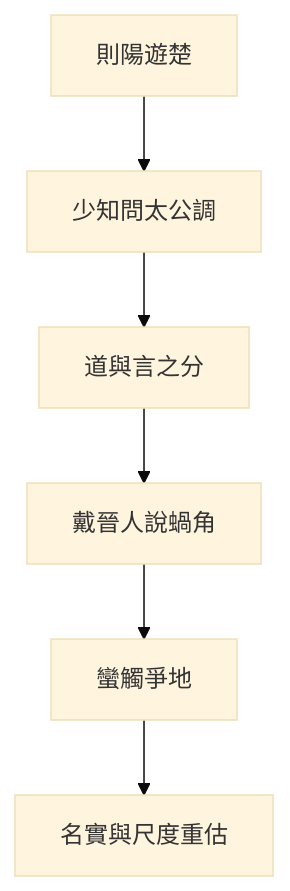
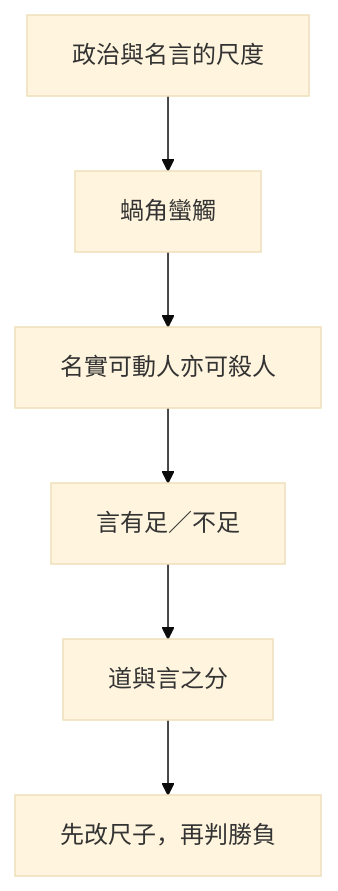
Before and after one commit to show0621/zhuangzi-atlas: the diagram in content/chapters/03-雜篇/25-則陽.md, drawn with Mermaid (base theme). The commit also changed other lines of this file and 61 other files, not shown here.

First line of the commit message:
editorial: §16 心智圖改為思想收束，與結構圖分工

````diff
--- a/content/chapters/03-雜篇/25-則陽.md
+++ b/content/chapters/03-雜篇/25-則陽.md
@@ -224,8 +225,8 @@
 ```mermaid
-flowchart TD
-  A[則陽遊楚] --> B[少知問太公調]
-  B --> C[道與言之分]
-  C --> D[戴晉人說蝸角]
-  D --> E[蠻觸爭地]
-  E --> F[名實與尺度重估]
+flowchart TB
+  Q[政治與名言的尺度] --> W[蝸角蠻觸]
+  W --> N[名實可動人亦可殺人]
+  N --> Y[言有足／不足]
+  Y --> D[道與言之分]
+  D --> R[先改尺子，再判勝負]
 ```
````
